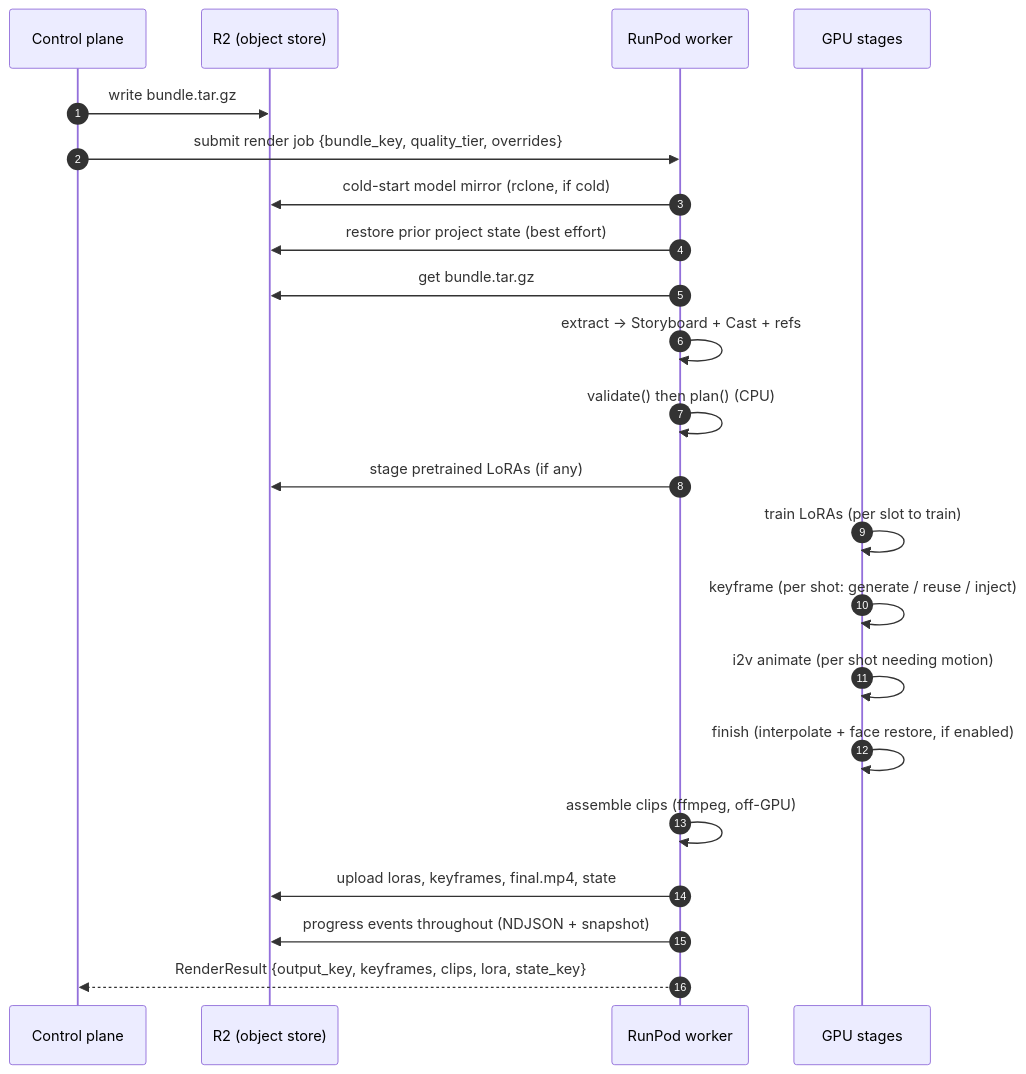
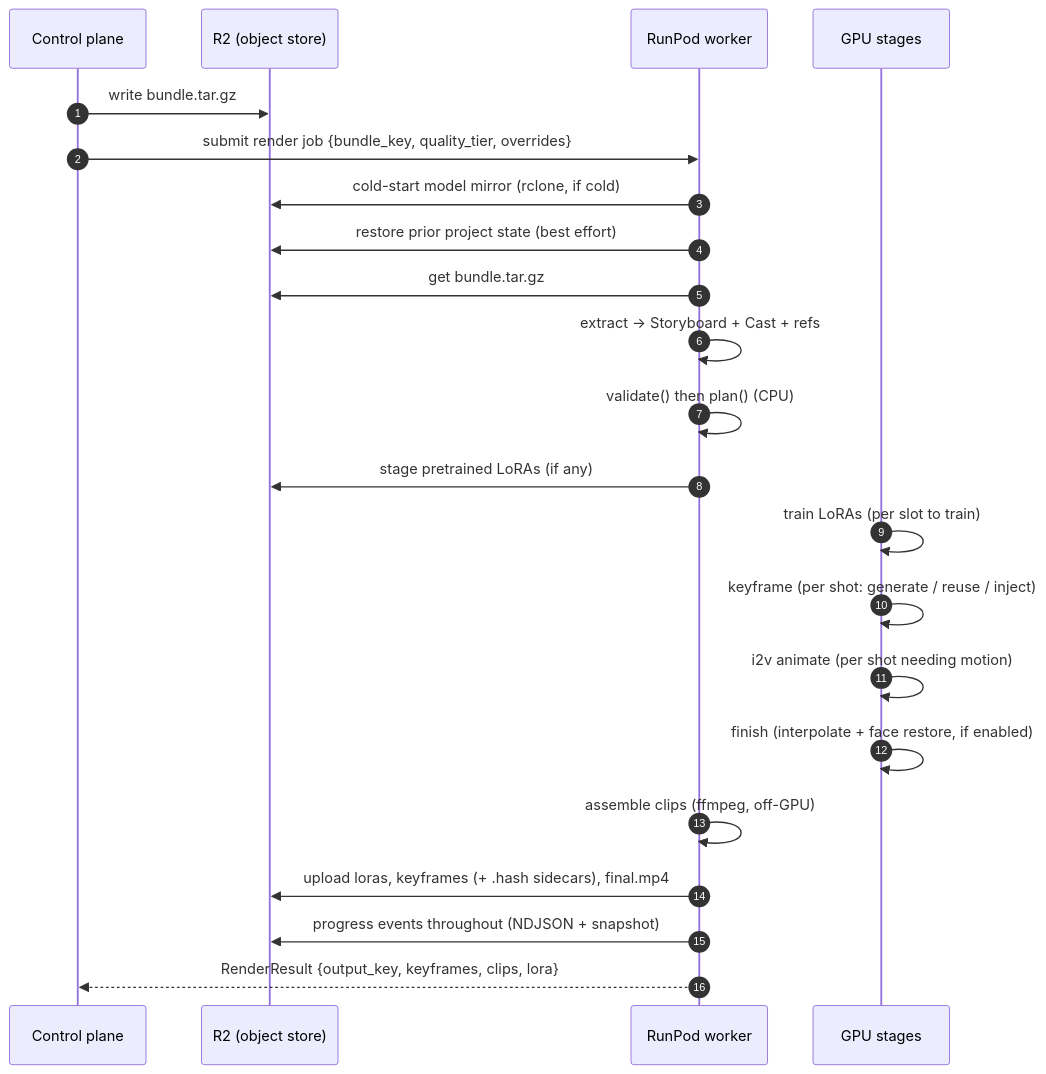
One commit to skyphusion-labs/vivijure-backend changed the second of 5 diagrams in docs/architecture.md. Above: the diagram before and after it, drawn with Mermaid. The commit also changed other lines of this file and 7 other files, not shown here.

````diff
--- a/docs/architecture.md
+++ b/docs/architecture.md
@@ -98,25 +98,25 @@
 ```mermaid
 sequenceDiagram
     autonumber
     participant CP as Control plane
     participant R2 as R2 (object store)
     participant W as RunPod worker
     participant GPU as GPU stages
 
     CP->>R2: write bundle.tar.gz
     CP->>W: submit render job {bundle_key, quality_tier, overrides}
     W->>R2: cold-start model mirror (rclone, if cold)
     W->>R2: restore prior project state (best effort)
     W->>R2: get bundle.tar.gz
     W->>W: extract -> Storyboard + Cast + refs
     W->>W: validate() then plan() (CPU)
     W->>R2: stage pretrained LoRAs (if any)
     GPU->>GPU: train LoRAs (per slot to train)
     GPU->>GPU: keyframe (per shot: generate / reuse / inject)
     GPU->>GPU: i2v animate (per shot needing motion)
     GPU->>GPU: finish (interpolate + face restore, if enabled)
     W->>W: assemble clips (ffmpeg, off-GPU)
-    W->>R2: upload loras, keyframes, final.mp4, state
+    W->>R2: upload loras, keyframes (+ .hash sidecars), final.mp4
     W->>R2: progress events throughout (NDJSON + snapshot)
-    W-->>CP: RenderResult {output_key, keyframes, clips, lora, state_key}
+    W-->>CP: RenderResult {output_key, keyframes, clips, lora}
 ```
````
